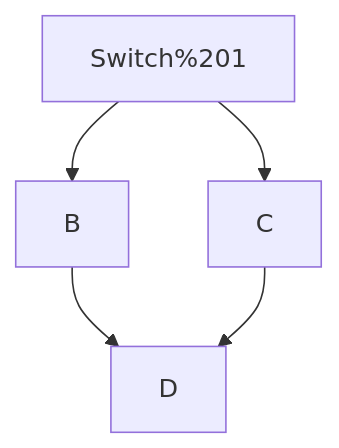
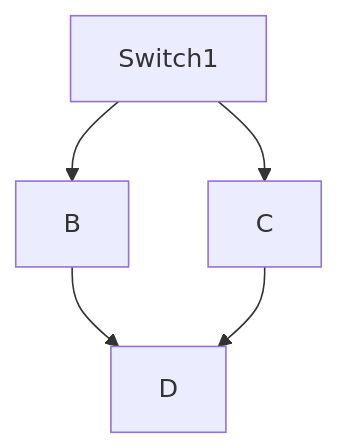
Before and after one commit to glaciusimpact/cisco-ios: the diagram in README.md, drawn with Mermaid. The commit also changed other lines of this file, not shown here.

````diff
--- a/README.md
+++ b/README.md
@@ -516,7 +549,7 @@
 ```mermaid
 graph TD;
-    Switch%201-->B;
-    Switch%201-->C;
+    Switch1-->B;
+    Switch1-->C;
     B-->D;
     C-->D;
 ```
````
